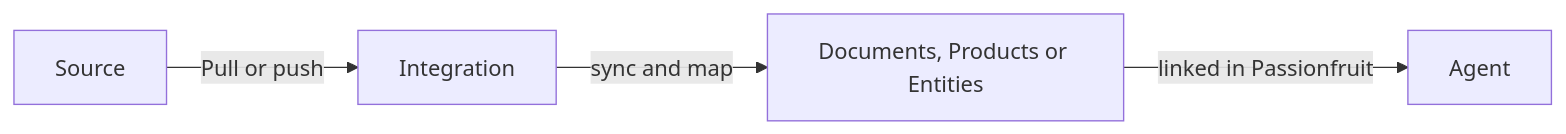
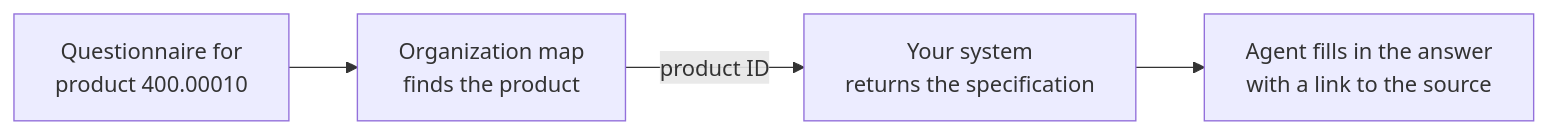
The diagram in docs/integrate-with-passionfruit.mdx (passionfruit-earth/docs), drawn with Mermaid before and after one commit. The commit also changed other lines of this file and 4 other files, not shown here.

First line of the commit message:
Rework integrations docs around organization map and integration layer

````diff
--- a/docs/integrate-with-passionfruit.mdx
+++ b/docs/integrate-with-passionfruit.mdx
@@ -314,6 +63,6 @@
 ```mermaid
 flowchart LR
-  A["Source"] -->|"Pull or push"| B["Integration"]
-  B -->|"sync and map"| C["Documents, Products or Entities"]
-  C -->|"linked in Passionfruit"| D["Agent"]
+  A["Questionnaire for<br/>product 400.00010"] --> B["Organization map<br/>finds the product"]
+  B -->|"product ID"| C["Your system<br/>returns the specification"]
+  C --> D["Agent fills in the answer<br/>with a link to the source"]
 ```
````
